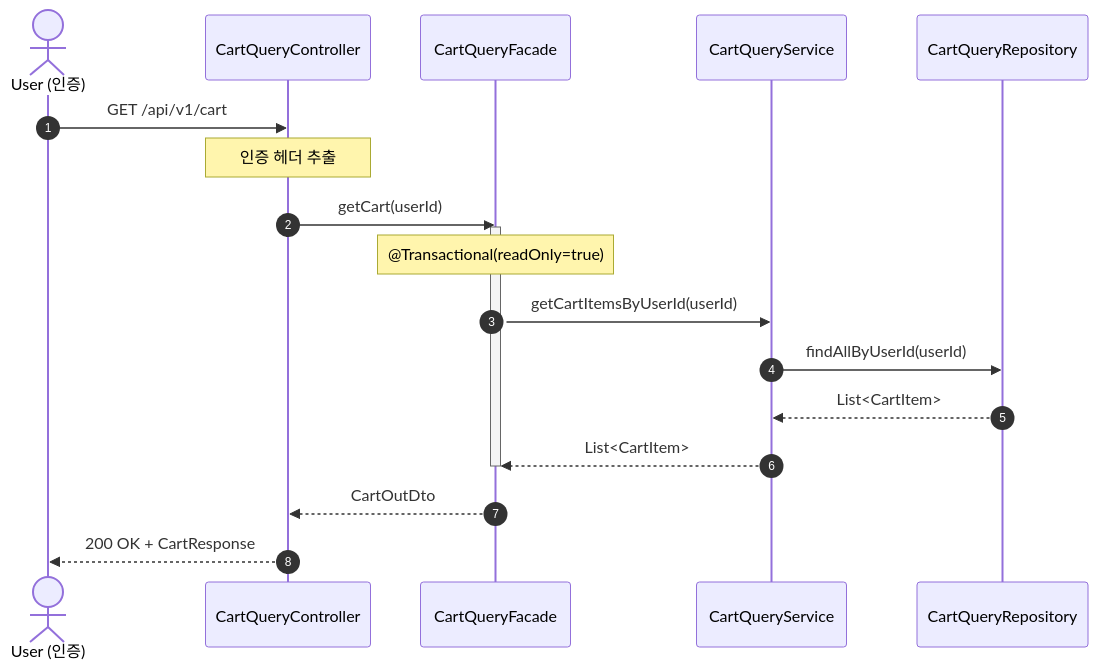
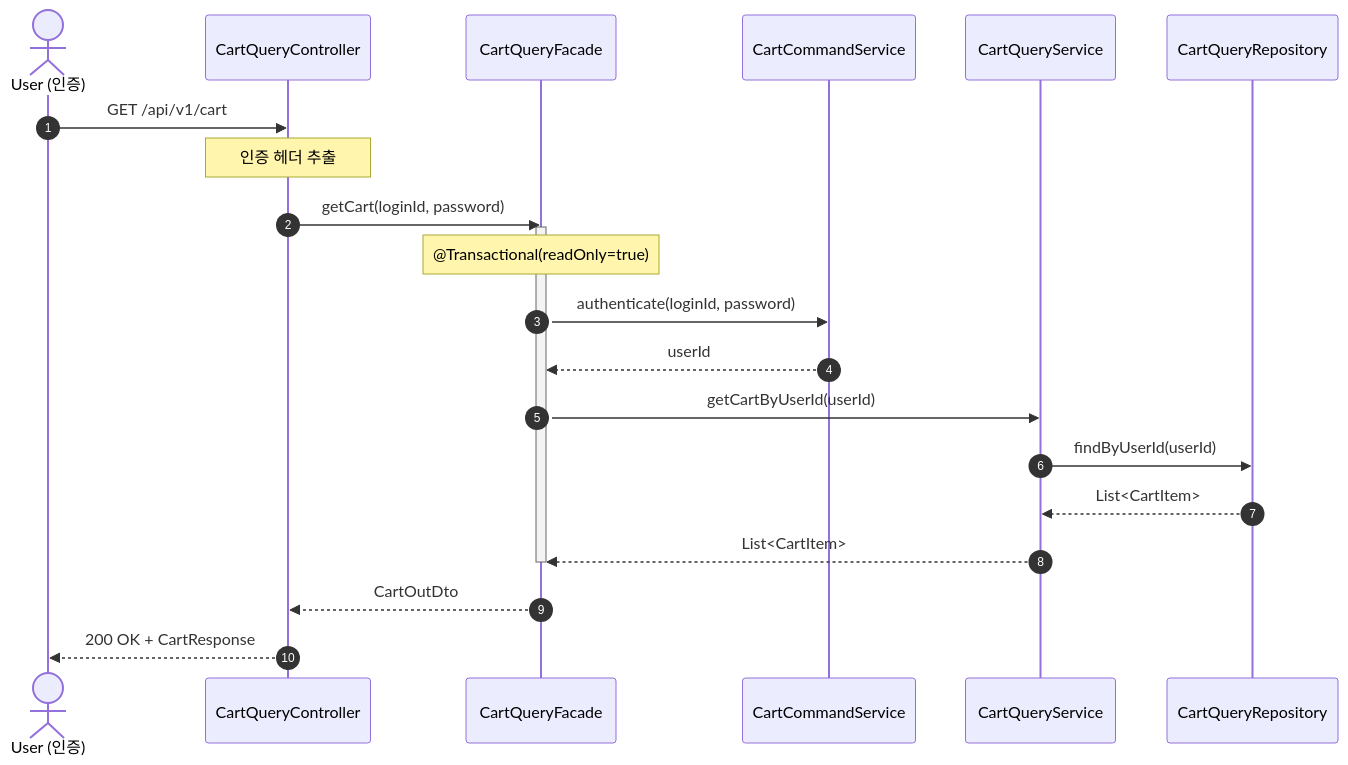
Before and after one commit to Hwan0518/loop-pack-be-l2-vol3-java: diagram 20 of 30 in docs/design/02-sequence-diagrams.md, drawn with Mermaid. The commit also changed other lines of this file and 474 other files, not shown here.

````diff
--- a/docs/design/02-sequence-diagrams.md
+++ b/docs/design/02-sequence-diagrams.md
@@ -841,22 +1025,25 @@
 ```mermaid
 sequenceDiagram
     autonumber
     actor User as User (인증)
     participant Controller as CartQueryController
     participant Facade as CartQueryFacade
-    participant Service as CartQueryService
+    participant AuthService as CartCommandService
+    participant QService as CartQueryService
     participant Repository as CartQueryRepository
 
     User->>Controller: GET /api/v1/cart
     Note over Controller: 인증 헤더 추출
-    Controller->>Facade: getCart(userId)
+    Controller->>Facade: getCart(loginId, password)
     activate Facade
     Note over Facade: @Transactional(readOnly=true)
-    Facade->>Service: getCartItemsByUserId(userId)
-    Service->>Repository: findAllByUserId(userId)
-    Repository-->>Service: List<CartItem>
-    Service-->>Facade: List<CartItem>
+    Facade->>AuthService: authenticate(loginId, password)
+    AuthService-->>Facade: userId
+    Facade->>QService: getCartByUserId(userId)
+    QService->>Repository: findByUserId(userId)
+    Repository-->>QService: List<CartItem>
+    QService-->>Facade: List<CartItem>
     deactivate Facade
     Facade-->>Controller: CartOutDto
     Controller-->>User: 200 OK + CartResponse
 ```
````
